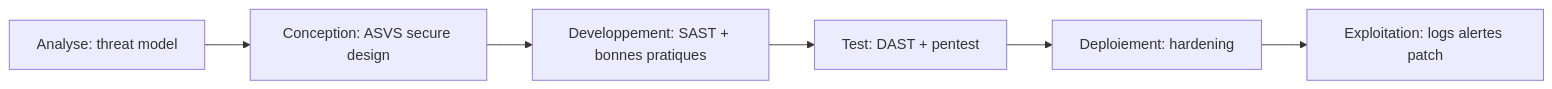
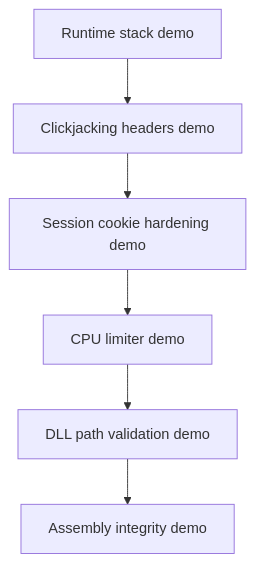
Before and after one commit to lthobois/sdne: the diagram in 00/README.md, drawn with Mermaid. The commit also changed other lines of this file and 1 other file, not shown here.

````diff
--- a/00/README.md
+++ b/00/README.md
@@ -338,8 +257,8 @@
 ```mermaid
-flowchart LR
-    A[Analyse: threat model] --> B[Conception: ASVS secure design]
-    B --> C[Developpement: SAST + bonnes pratiques]
-    C --> D[Test: DAST + pentest]
-    D --> E[Deploiement: hardening]
-    E --> F[Exploitation: logs alertes patch]
+flowchart TD
+    A[Runtime stack demo] --> B[Clickjacking headers demo]
+    B --> C[Session cookie hardening demo]
+    C --> D[CPU limiter demo]
+    D --> E[DLL path validation demo]
+    E --> F[Assembly integrity demo]
 ```
````
